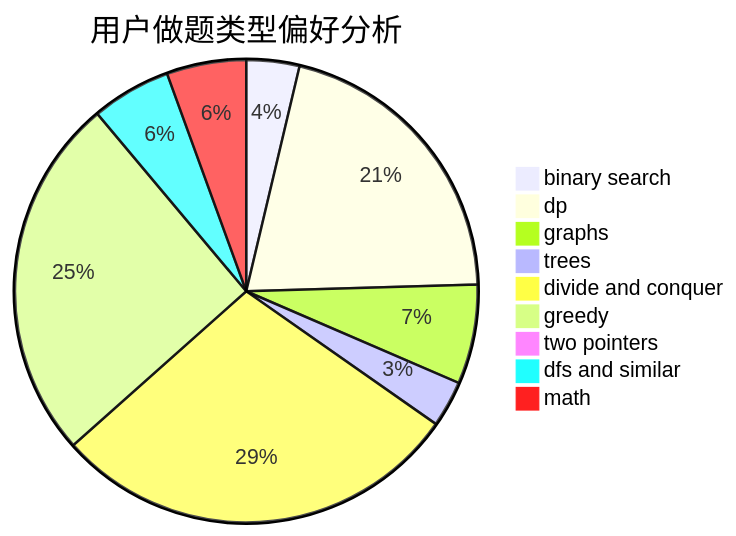
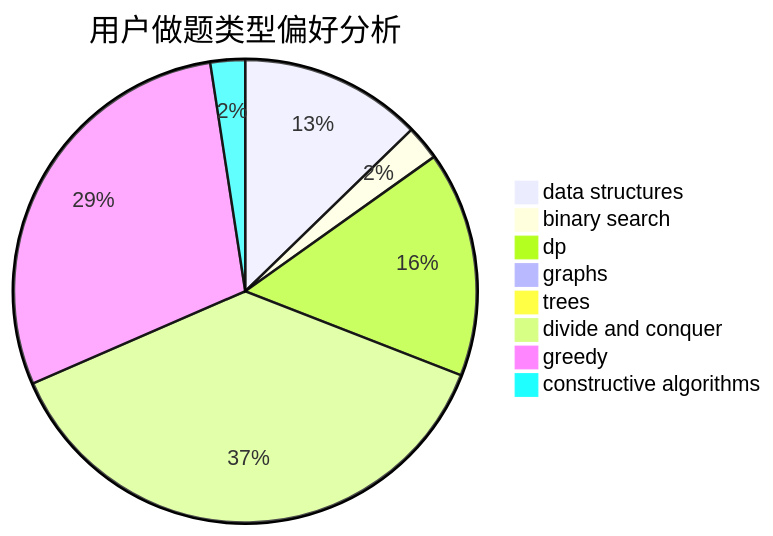
The second of 3 diagrams in docs/user/u1884.md (sherpahu/cfrs.github.io), drawn with Mermaid before and after one commit. The commit also changed other lines of this file and 2775 other files, not shown here.

````diff
--- a/docs/user/u1884.md
+++ b/docs/user/u1884.md
@@ -23,12 +23,11 @@
 ```mermaid
 pie title 用户做题类型偏好分析
-    "binary search" :  8
-    "dp" :  45
-    "graphs" :  15
-    "trees" :  7
+    "data structures" :  21
+    "binary search" :  4
+    "dp" :  26
+    "graphs" :  0
+    "trees" :  1
     "divide and conquer" :  62
-    "greedy" :  55
-    "two pointers" :  0
-    "dfs and similar" :  12
-    "math" :  12
+    "greedy" :  48
+    "constructive algorithms" :  4
 ```
````
